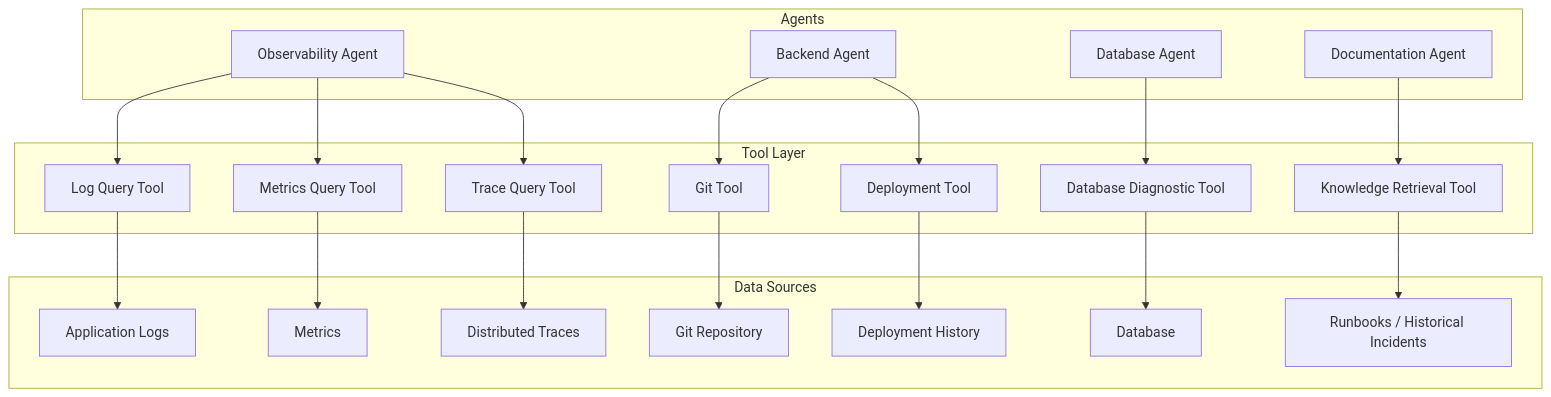
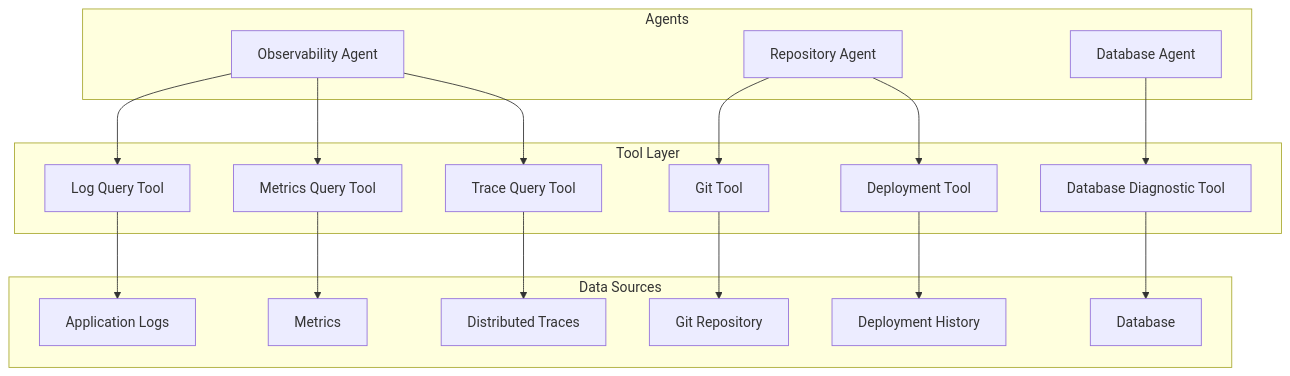
The fifth of 8 diagrams in README.md (ShaliniKashyap717/IncidentForge), drawn with Mermaid before and after one commit. The commit also changed other lines of this file and 17 other files, not shown here.

````diff
--- a/README.md
+++ b/README.md
@@ -455,49 +336,43 @@
 ```mermaid
 flowchart TB
 
     subgraph Agents
         O["Observability Agent"]
-        B["Backend Agent"]
+        R["Repository Agent"]
         D["Database Agent"]
-        K["Documentation Agent"]
     end
 
     subgraph ToolLayer["Tool Layer"]
         LT["Log Query Tool"]
         MT["Metrics Query Tool"]
         TT["Trace Query Tool"]
         GT["Git Tool"]
         DT["Deployment Tool"]
         DBT["Database Diagnostic Tool"]
-        KT["Knowledge Retrieval Tool"]
     end
 
     subgraph Sources["Data Sources"]
         LOG["Application Logs"]
         MET["Metrics"]
         TRACE["Distributed Traces"]
         REPO["Git Repository"]
         DEP["Deployment History"]
         DATABASE["Database"]
-        KB["Runbooks / Historical Incidents"]
     end
 
     O --> LT
     O --> MT
     O --> TT
 
-    B --> GT
-    B --> DT
+    R --> GT
+    R --> DT
 
     D --> DBT
-
-    K --> KT
 
     LT --> LOG
     MT --> MET
     TT --> TRACE
     GT --> REPO
     DT --> DEP
     DBT --> DATABASE
-    KT --> KB
 ```
````
